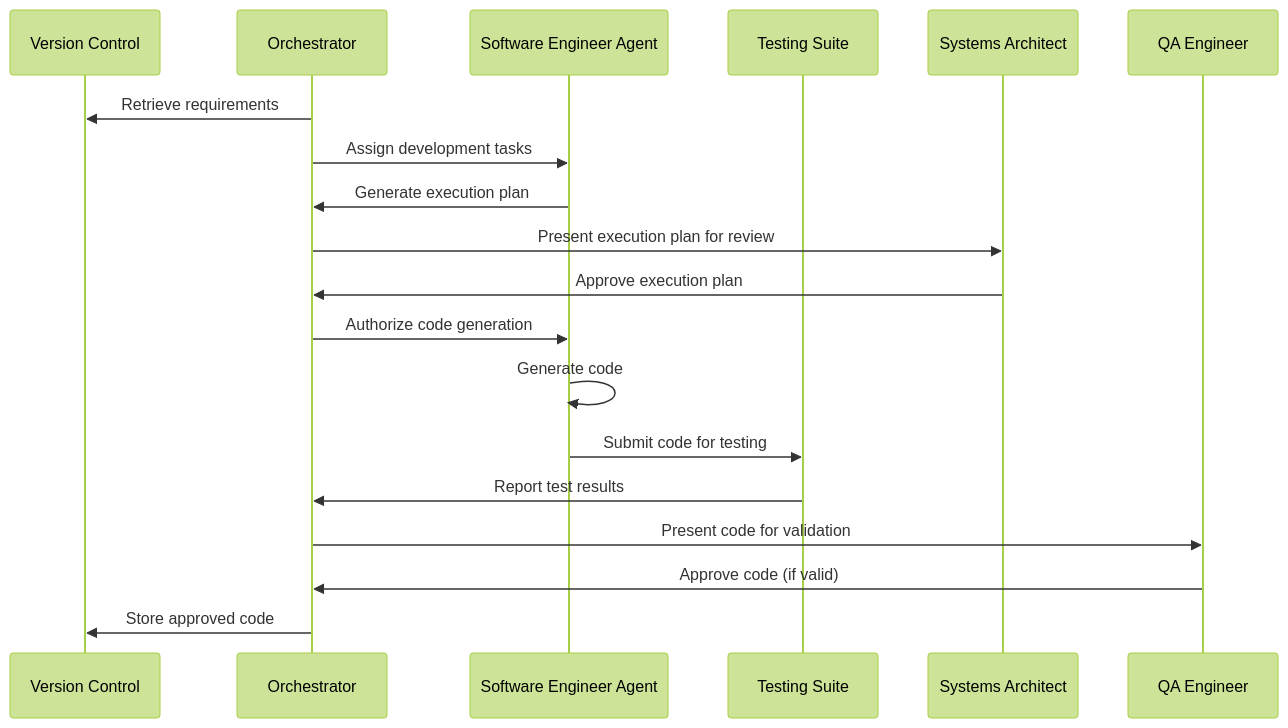
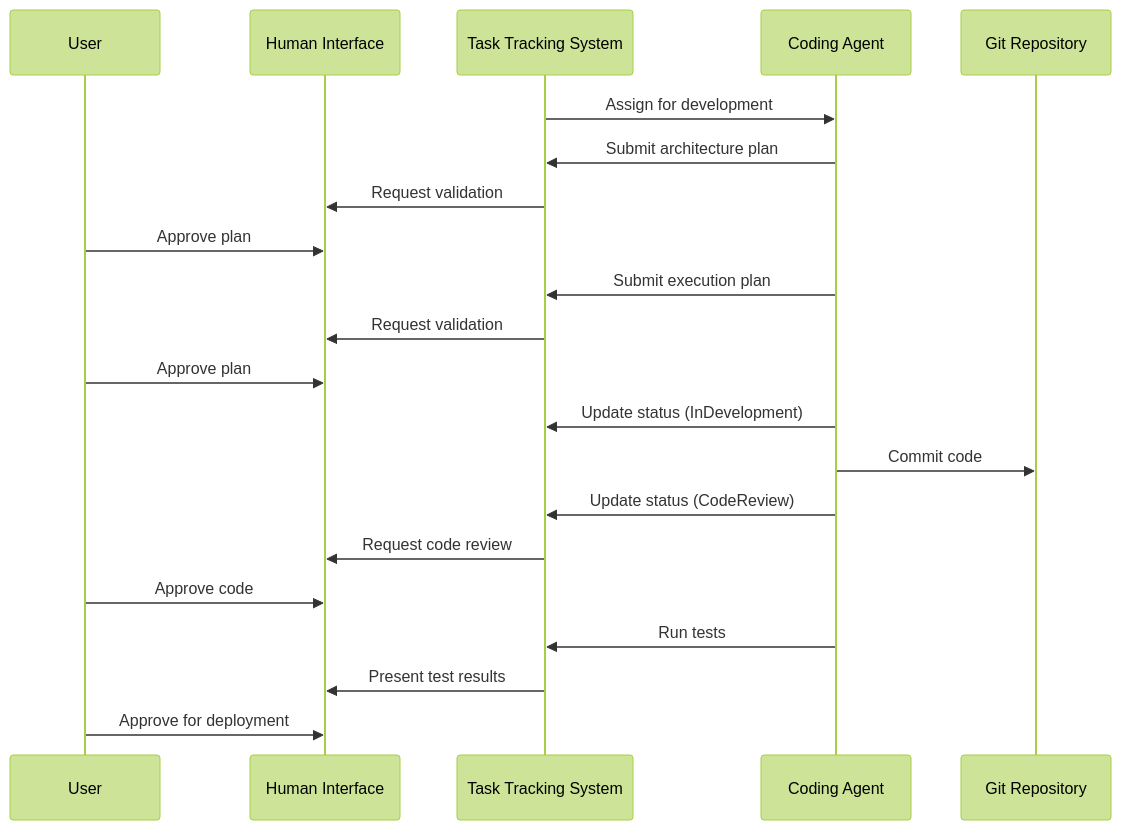
One commit to kgatilin/aihive changed the second of 2 diagrams in docs/arch/high_level_architecture.md. Above: the diagram before and after it, drawn with Mermaid (forest theme). The commit also changed other lines of this file and 3 other files, not shown here.

Commit message:
Streamline architecture docs to align with simplified component architecture

````diff
--- a/docs/arch/high_level_architecture.md
+++ b/docs/arch/high_level_architecture.md
@@ -114,22 +46,24 @@
 ```mermaid
 sequenceDiagram
-    participant VCS as Version Control
-    participant O as Orchestrator
-    participant SE as Software Engineer Agent
-    participant TS as Testing Suite
-    participant SA as Systems Architect
-    participant QA as QA Engineer
-
-    O->>VCS: Retrieve requirements
-    O->>SE: Assign development tasks
-    SE->>O: Generate execution plan
-    O->>SA: Present execution plan for review
-    SA->>O: Approve execution plan
-    O->>SE: Authorize code generation
-    SE->>SE: Generate code
-    SE->>TS: Submit code for testing
-    TS->>O: Report test results
-    O->>QA: Present code for validation
-    QA->>O: Approve code (if valid)
-    O->>VCS: Store approved code
+    participant User
+    participant HI as Human Interface
+    participant TTS as Task Tracking System
+    participant CA as Coding Agent
+    participant Git as Git Repository
+    
+    TTS->>CA: Assign for development
+    CA->>TTS: Submit architecture plan
+    TTS->>HI: Request validation
+    User->>HI: Approve plan
+    CA->>TTS: Submit execution plan
+    TTS->>HI: Request validation
+    User->>HI: Approve plan
+    CA->>TTS: Update status (InDevelopment)
+    CA->>Git: Commit code
+    CA->>TTS: Update status (CodeReview)
+    TTS->>HI: Request code review
+    User->>HI: Approve code
+    CA->>TTS: Run tests
+    TTS->>HI: Present test results
+    User->>HI: Approve for deployment
 ```
````
